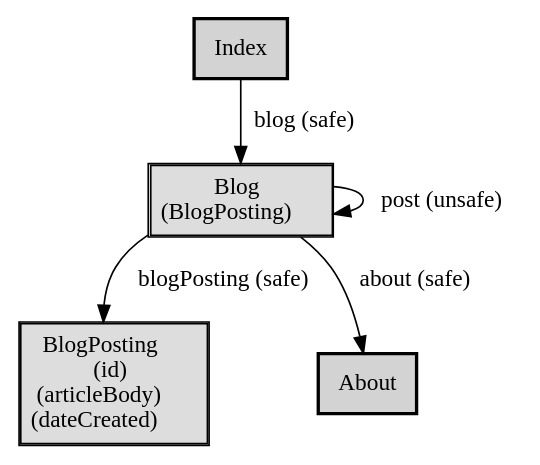
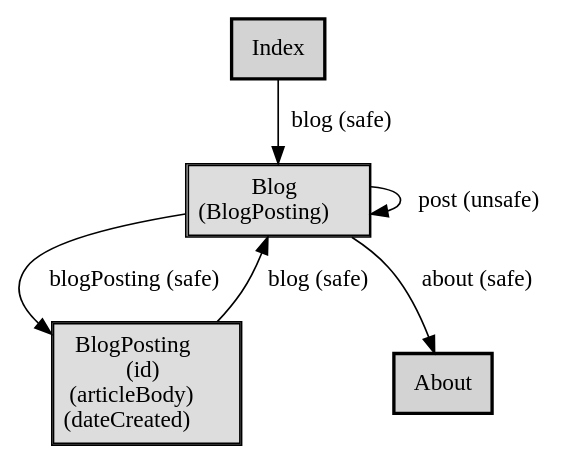
One commit to alps-asd/app-state-diagram changed the diagram in demo/profile.example.dot. Above: the diagram before and after it, drawn with Graphviz. The commit also changed 2 other files, not shown here.

Commit message:
Add blog(safe)

```diff
--- a/demo/profile.example.dot
+++ b/demo/profile.example.dot
@@ -1,11 +1,12 @@
 digraph application_state_diagram {
     node [shape = box, style = "bold,filled"];
 
     Blog [style=solid, margin=0.02, label=<<table cellspacing="0" cellpadding="5" cellborder="1" border="0"><tr><td bgcolor="#dddddd">Blog<br />(BlogPosting)<br /></td></tr></table>>,shape=box]
     BlogPosting [style=solid, margin=0.02, label=<<table cellspacing="0" cellpadding="5" cellborder="1" border="0"><tr><td bgcolor="#dddddd">BlogPosting<br />(id)<br />(articleBody)<br />(dateCreated)<br /></td></tr></table>>,shape=box]
 
     Index->Blog [label = "blog (safe)"];
     Blog->BlogPosting [label = "blogPosting (safe)"];
     Blog->Blog [label = "post (unsafe)"];
     Blog->About [label = "about (safe)"];
+    BlogPosting->Blog [label = "blog (safe)"];
 }
```
